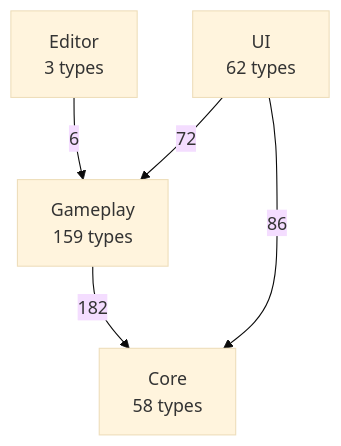
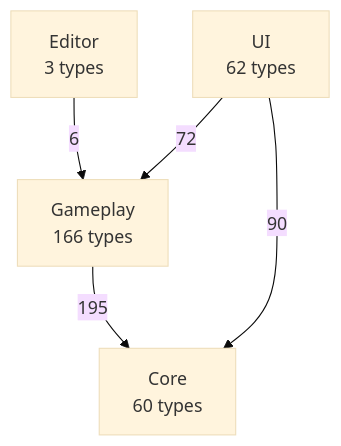
One commit to PhumipatWave/project-ocean changed the first of 2 diagrams in docs/uml/00-overview.md. Above: the diagram before and after it, drawn with Mermaid (base theme). The commit also changed other lines of this file and 71 other files, not shown here.

Commit message:
Update UML diagrams

````diff
--- a/docs/uml/00-overview.md
+++ b/docs/uml/00-overview.md
@@ -11,11 +11,11 @@
 ```mermaid
 flowchart TB
   Editor["Editor<br/>3 types"]
   UI["UI<br/>62 types"]
-  Gameplay["Gameplay<br/>159 types"]
-  Core["Core<br/>58 types"]
+  Gameplay["Gameplay<br/>166 types"]
+  Core["Core<br/>60 types"]
   Editor -->|6| Gameplay
-  Gameplay -->|182| Core
-  UI -->|86| Core
+  Gameplay -->|195| Core
+  UI -->|90| Core
   UI -->|72| Gameplay
 ```
````
